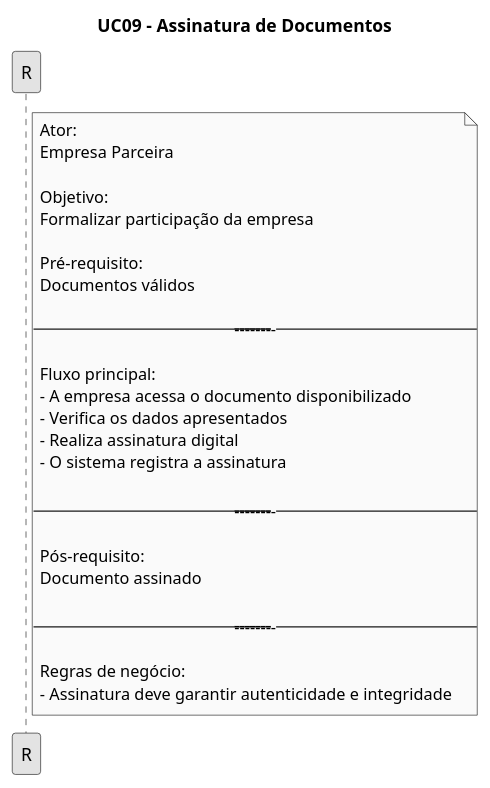
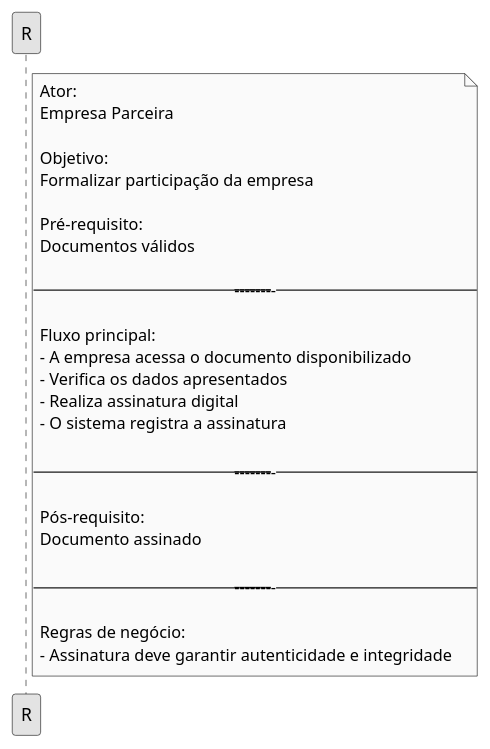
Before and after one commit to Projetos-de-Extensao/PBE_26.1_8001_VII: the ninth of 10 diagrams in docs/Iniciacao/prototipo_baixa_fidelidade.md, drawn with PlantUML. The commit also changed other lines of this file, not shown here.

````diff
--- a/docs/Iniciacao/prototipo_baixa_fidelidade.md
+++ b/docs/Iniciacao/prototipo_baixa_fidelidade.md
@@ -369,40 +367,40 @@
 ```puml
 @startuml
-title UC09 – Assinatura de Documentos
+
 
 skinparam monochrome true
 skinparam shadowing false
 
 
 
 note right of R
 Ator:
 Empresa Parceira
 
 Objetivo:
 Formalizar participação da empresa
 
 Pré-requisito:
 Documentos válidos
 
 ----------------------------------------
 
 Fluxo principal:
 - A empresa acessa o documento disponibilizado
 - Verifica os dados apresentados
 - Realiza assinatura digital
 - O sistema registra a assinatura
 
 ----------------------------------------
 
 Pós-requisito:
 Documento assinado
 
 ----------------------------------------
 
 Regras de negócio:
 - Assinatura deve garantir autenticidade e integridade
 end note
 
 @enduml
 ```
````
